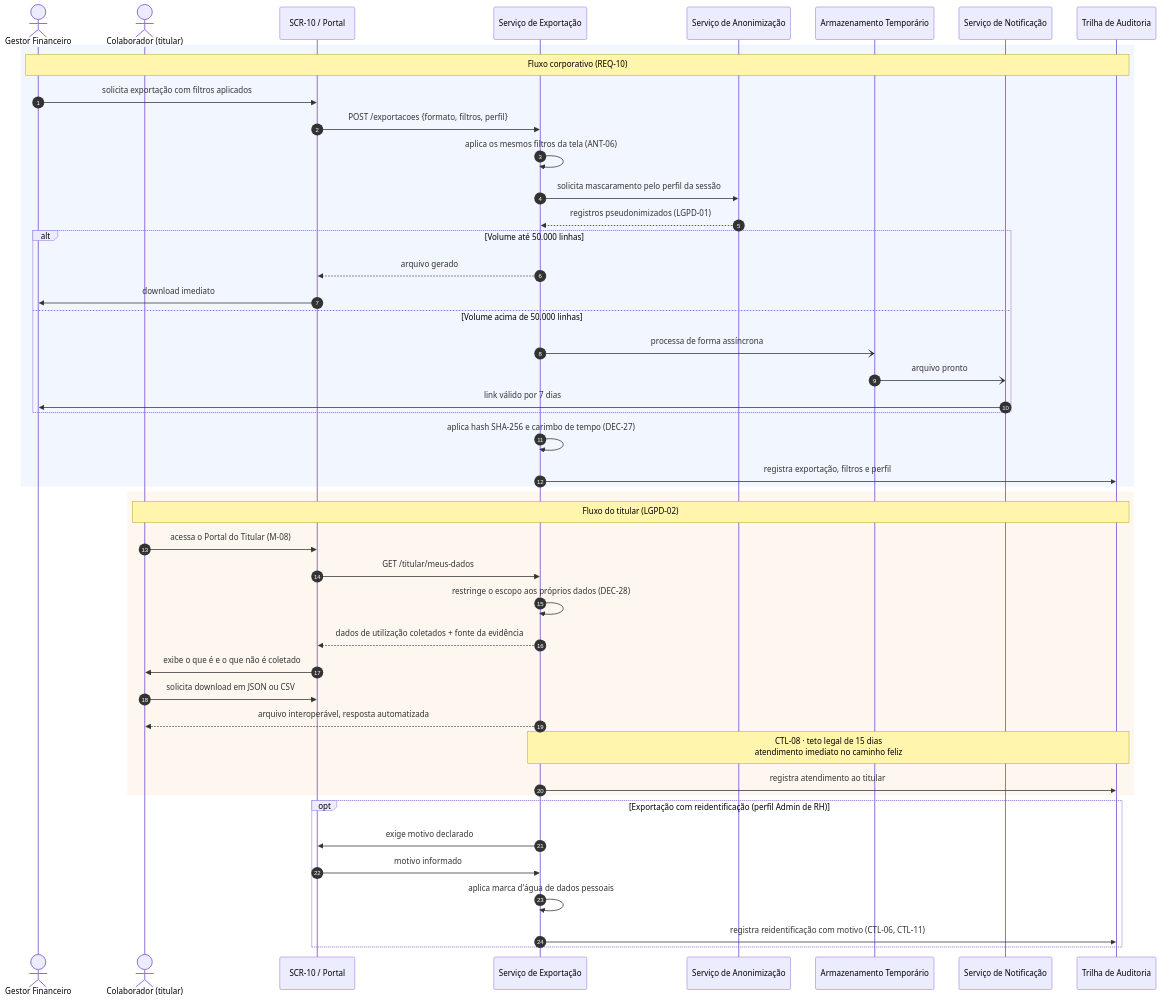
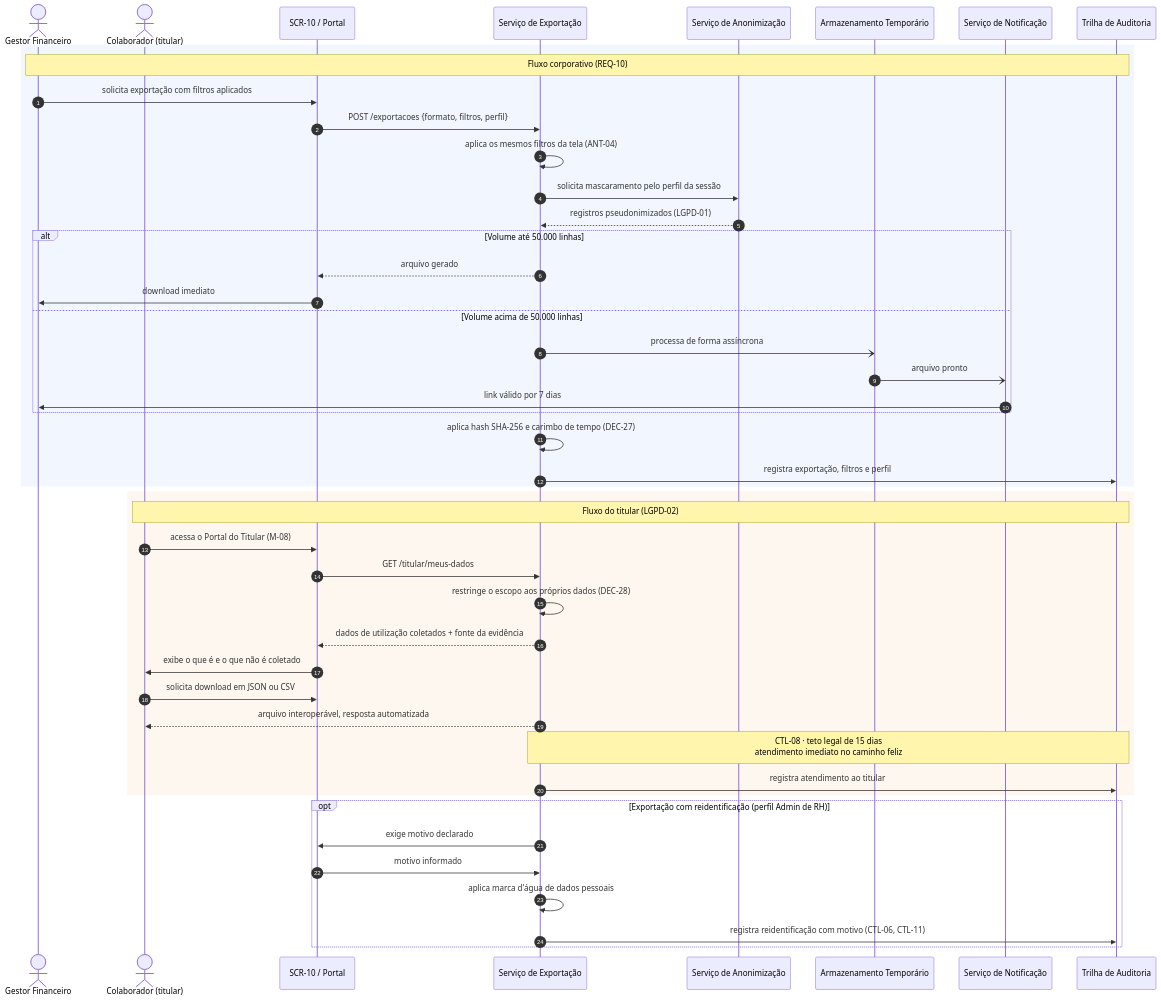
Before and after one commit to ES-2026-2/PS: the fourth of 7 diagrams in semana-05/entregavel-03-diagramas-uml.md, drawn with Mermaid. The commit also changed 2 other files, not shown here.

Commit message:
Semana 5

````diff
--- a/semana-05/entregavel-03-diagramas-uml.md
+++ b/semana-05/entregavel-03-diagramas-uml.md
@@ -280,53 +280,53 @@
 ```mermaid
 sequenceDiagram
     autonumber
     actor GF as Gestor Financeiro
     actor COL as Colaborador (titular)
     participant UI as SCR-10 / Portal
     participant EXP as Serviço de Exportação
     participant ANON as Serviço de Anonimização
     participant STORE as Armazenamento Temporário
     participant NOTIF as Serviço de Notificação
     participant AUD as Trilha de Auditoria
 
     rect rgba(37,99,235,0.06)
         Note over GF,AUD: Fluxo corporativo (REQ-10)
         GF->>UI: solicita exportação com filtros aplicados
         UI->>EXP: POST /exportacoes {formato, filtros, perfil}
-        EXP->>EXP: aplica os mesmos filtros da tela (ANT-06)
+        EXP->>EXP: aplica os mesmos filtros da tela (ANT-04)
         EXP->>ANON: solicita mascaramento pelo perfil da sessão
         ANON-->>EXP: registros pseudonimizados (LGPD-01)
 
         alt Volume até 50.000 linhas
             EXP-->>UI: arquivo gerado
             UI->>GF: download imediato
         else Volume acima de 50.000 linhas
             EXP-)STORE: processa de forma assíncrona
             STORE-)NOTIF: arquivo pronto
             NOTIF->>GF: link válido por 7 dias
         end
 
         EXP->>EXP: aplica hash SHA-256 e carimbo de tempo (DEC-27)
         EXP->>AUD: registra exportação, filtros e perfil
     end
 
     rect rgba(217,119,6,0.06)
         Note over COL,AUD: Fluxo do titular (LGPD-02)
         COL->>UI: acessa o Portal do Titular (M-08)
         UI->>EXP: GET /titular/meus-dados
         EXP->>EXP: restringe o escopo aos próprios dados (DEC-28)
         EXP-->>UI: dados de utilização coletados + fonte da evidência
         UI->>COL: exibe o que é e o que não é coletado
         COL->>UI: solicita download em JSON ou CSV
         EXP-->>COL: arquivo interoperável, resposta automatizada
         Note over EXP,AUD: CTL-08 · teto legal de 15 dias<br/>atendimento imediato no caminho feliz
         EXP->>AUD: registra atendimento ao titular
     end
 
     opt Exportação com reidentificação (perfil Admin de RH)
         EXP->>UI: exige motivo declarado
         UI->>EXP: motivo informado
         EXP->>EXP: aplica marca d'água de dados pessoais
         EXP->>AUD: registra reidentificação com motivo (CTL-06, CTL-11)
     end
 ```
````
